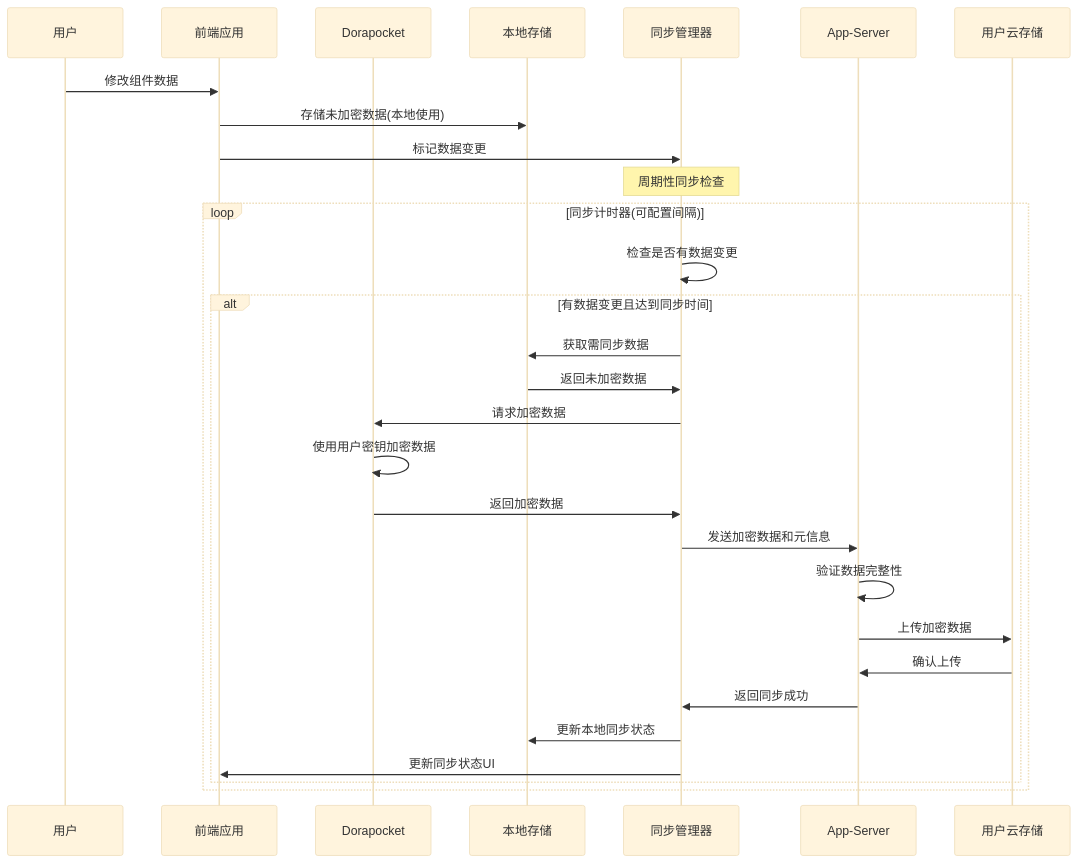
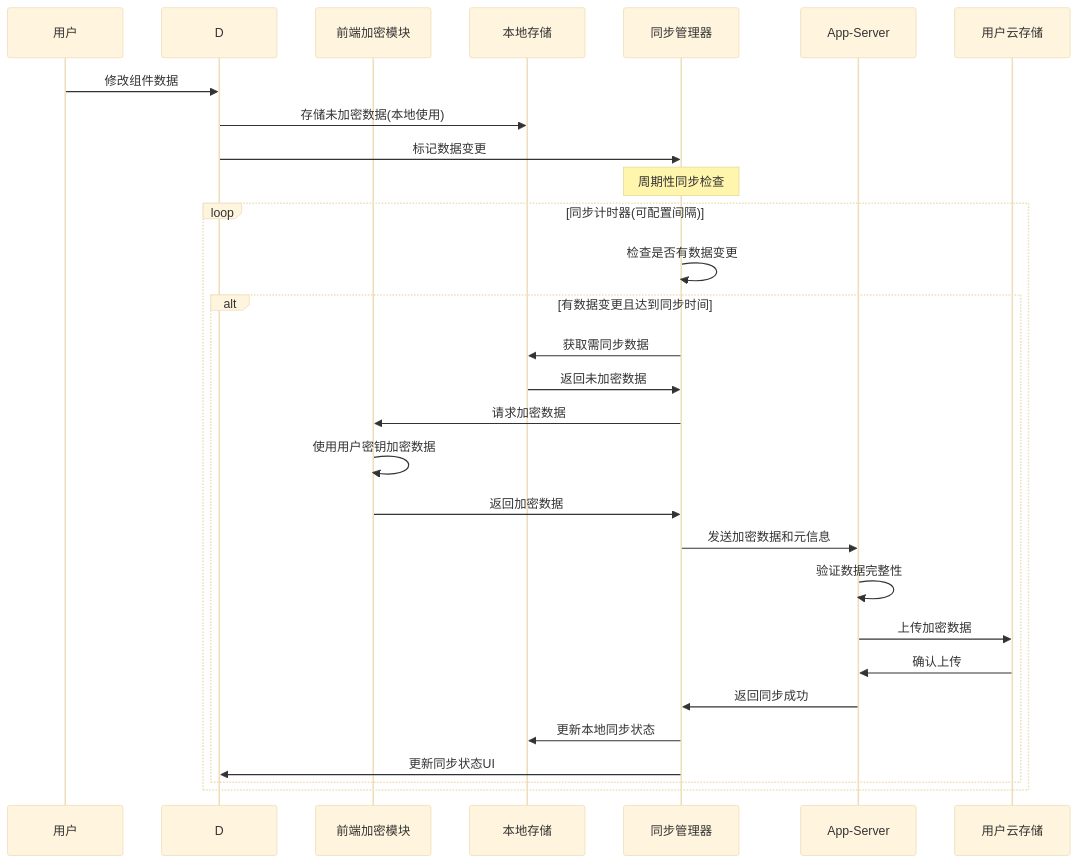
The diagram in all/未命名-34.md (yingjianzh/iodraw-files), drawn with Mermaid (base theme) before and after one commit.

Commit message:
2025-04-17 14:24:10 update

````diff
--- a/all/未命名-34.md
+++ b/all/未命名-34.md
@@ -1,35 +1,35 @@
 ```mermaid
 sequenceDiagram
     participant User as 用户
-    participant Frontend as 前端应用
-    participant CryptoM as Dorapocket
+    participant Frontend as D
+    participant CryptoM as 前端加密模块
     participant LocalDB as 本地存储
     participant SyncM as 同步管理器
     participant AppServer as App-Server
     participant UserCloud as 用户云存储
     
     User->>Frontend: 修改组件数据
     Frontend->>LocalDB: 存储未加密数据(本地使用)
     Frontend->>SyncM: 标记数据变更
     
     note over SyncM: 周期性同步检查
     
     loop 同步计时器(可配置间隔)
         SyncM->>SyncM: 检查是否有数据变更
         
         alt 有数据变更且达到同步时间
             SyncM->>LocalDB: 获取需同步数据
             LocalDB->>SyncM: 返回未加密数据
             SyncM->>CryptoM: 请求加密数据
             CryptoM->>CryptoM: 使用用户密钥加密数据
             CryptoM->>SyncM: 返回加密数据
             SyncM->>AppServer: 发送加密数据和元信息
             AppServer->>AppServer: 验证数据完整性
             AppServer->>UserCloud: 上传加密数据
             UserCloud->>AppServer: 确认上传
             AppServer->>SyncM: 返回同步成功
             SyncM->>LocalDB: 更新本地同步状态
             SyncM->>Frontend: 更新同步状态UI
         end
     end
 ```
````
